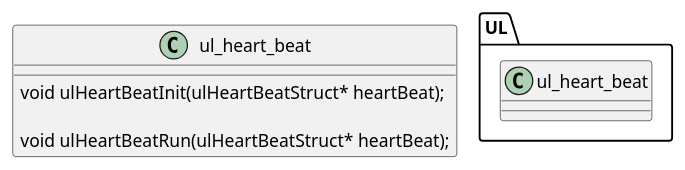
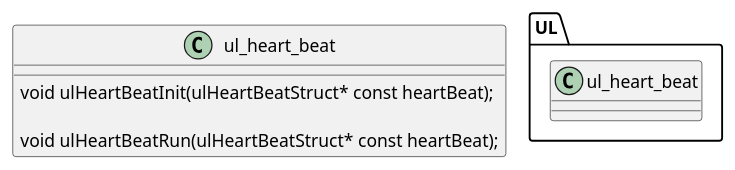
One commit to Mobivlad/STM32F4Platform changed the diagram in uml/classes/ul_level.plantuml. Above: the diagram before and after it, drawn with PlantUML. The commit also changed 15 other files, not shown here.

Commit message:
Code corection. UML changing.

```diff
--- a/uml/classes/ul_level.plantuml
+++ b/uml/classes/ul_level.plantuml
@@ -1,15 +1,15 @@
 @startuml hal_level
 
 package UL {
     class ul_heart_beat
 }
 
 class ul_heart_beat {
-    void ulHeartBeatInit(ulHeartBeatStruct* heartBeat);
+    void ulHeartBeatInit(ulHeartBeatStruct* const heartBeat);
 
-    void ulHeartBeatRun(ulHeartBeatStruct* heartBeat);
+    void ulHeartBeatRun(ulHeartBeatStruct* const heartBeat);
 }
 
 
 
 @enduml
```
